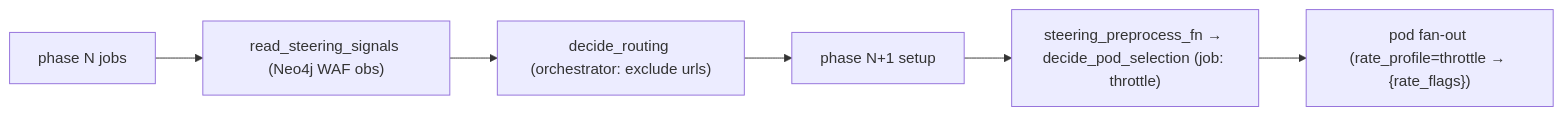
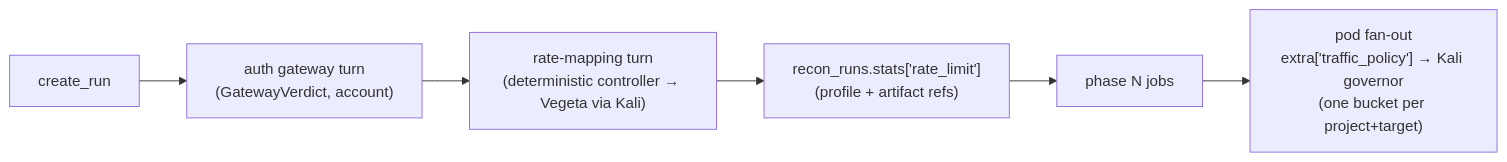
Before and after one commit to Diekgbbtt/polyphemus: the fifth of 5 diagrams in docs/design/technical-architecture.md, drawn with Mermaid. The commit also changed other lines of this file and 12 other files, not shown here.

Commit message:
test(recon): verify rate mapping and aggregate pacing end to end

````diff
--- a/docs/design/technical-architecture.md
+++ b/docs/design/technical-architecture.md
@@ -272,8 +286,8 @@
 ```mermaid
 flowchart LR
-    P0["phase N jobs"] --> RS["read_steering_signals (Neo4j WAF obs)"]
-    RS --> DR["decide_routing (orchestrator: exclude urls)"]
-    DR --> P1["phase N+1 setup"]
-    P1 --> DP["steering_preprocess_fn → decide_pod_selection (job: throttle)"]
-    DP --> PODS["pod fan-out (rate_profile=throttle → {rate_flags})"]
+    CR["create_run"] --> GW["auth gateway turn<br/>(GatewayVerdict, account)"]
+    GW --> RT["rate-mapping turn<br/>(deterministic controller → Vegeta via Kali)"]
+    RT --> ST["recon_runs.stats['rate_limit']<br/>(profile + artifact refs)"]
+    ST --> P0["phase N jobs"]
+    P0 --> PODS["pod fan-out<br/>extra['traffic_policy'] → Kali governor<br/>(one bucket per project+target)"]
 ```
````
